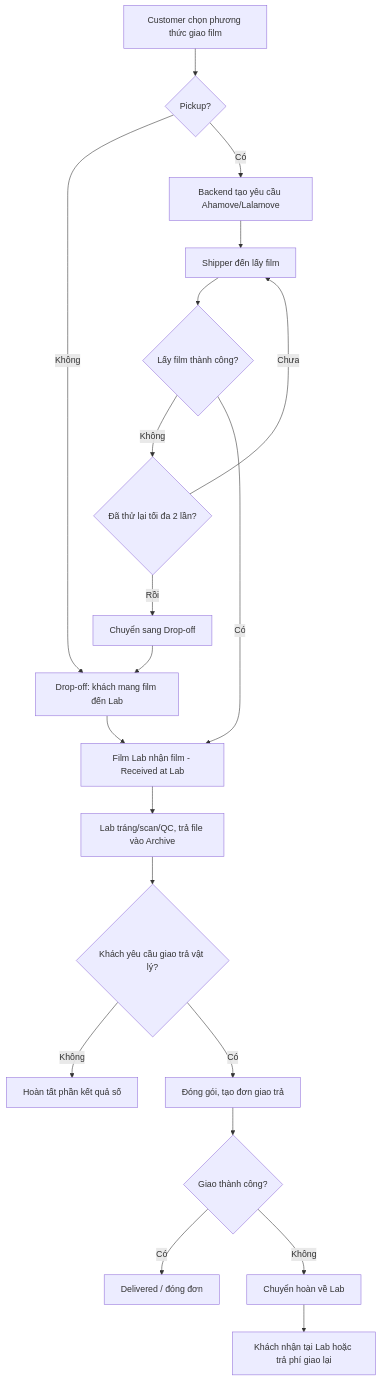
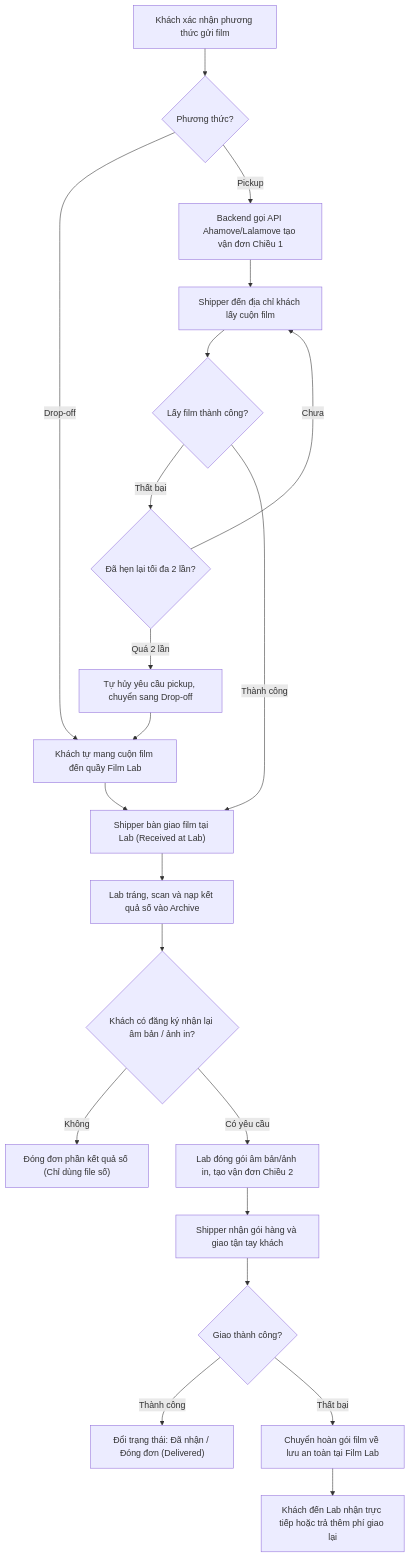
One commit to huylamnhat/Photographer-enthusiastic-environment changed the fifth of 6 diagrams in doc/week 2/sơ đồ kiến trúc & triển khai.md. Above: the diagram before and after it, drawn with Mermaid. The commit also changed other lines of this file and 3 other files, not shown here.

````diff
--- a/doc/week 2/sơ đồ kiến trúc & triển khai.md
+++ b/doc/week 2/sơ đồ kiến trúc & triển khai.md
@@ -171,22 +222,22 @@
 ```mermaid
 flowchart TD
- A["Customer chọn phương thức giao film"] --> B{"Pickup?"}
- B -->|"Không"| C["Drop-off: khách mang film đến Lab"]
- B -->|"Có"| D["Backend tạo yêu cầu Ahamove/Lalamove"]
- D --> E["Shipper đến lấy film"]
- E --> F{"Lấy film thành công?"}
- F -->|"Không"| G{"Đã thử lại tối đa 2 lần?"}
- G -->|"Chưa"| E
- G -->|"Rồi"| H["Chuyển sang Drop-off"]
- H --> C
- F -->|"Có"| I["Film Lab nhận film - Received at Lab"]
- C --> I
- I --> J["Lab tráng/scan/QC, trả file vào Archive"]
- J --> K{"Khách yêu cầu giao trả vật lý?"}
- K -->|"Không"| L["Hoàn tất phần kết quả số"]
- K -->|"Có"| M["Đóng gói, tạo đơn giao trả"]
- M --> N{"Giao thành công?"}
- N -->|"Có"| O["Delivered / đóng đơn"]
- N -->|"Không"| P["Chuyển hoàn về Lab"]
- P --> Q["Khách nhận tại Lab hoặc trả phí giao lại"]
+    A["Khách xác nhận phương thức gửi film"] --> B{"Phương thức?"}
+    B -->|"Drop-off"| C["Khách tự mang cuộn film đến quầy Film Lab"]
+    B -->|"Pickup"| D["Backend gọi API Ahamove/Lalamove tạo vận đơn Chiều 1"]
+    D --> E["Shipper đến địa chỉ khách lấy cuộn film"]
+    E --> F{"Lấy film thành công?"}
+    F -->|"Thất bại"| G{"Đã hẹn lại tối đa 2 lần?"}
+    G -->|"Chưa"| E
+    G -->|"Quá 2 lần"| H["Tự hủy yêu cầu pickup, chuyển sang Drop-off"] --> C
+    F -->|"Thành công"| I["Shipper bàn giao film tại Lab (Received at Lab)"]
+    C --> I
+    I --> J["Lab tráng, scan và nạp kết quả số vào Archive"]
+    J --> K{"Khách có đăng ký nhận lại âm bản / ảnh in?"}
+    K -->|"Không"| L["Đóng đơn phần kết quả số (Chỉ dùng file số)"]
+    K -->|"Có yêu cầu"| M["Lab đóng gói âm bản/ảnh in, tạo vận đơn Chiều 2"]
+    M --> N["Shipper nhận gói hàng và giao tận tay khách"]
+    N --> O{"Giao thành công?"}
+    O -->|"Thành công"| P["Đổi trạng thái: Đã nhận / Đóng đơn (Delivered)"]
+    O -->|"Thất bại"| Q["Chuyển hoàn gói film về lưu an toàn tại Film Lab"]
+    Q --> R["Khách đến Lab nhận trực tiếp hoặc trả thêm phí giao lại"]
 ```
````
